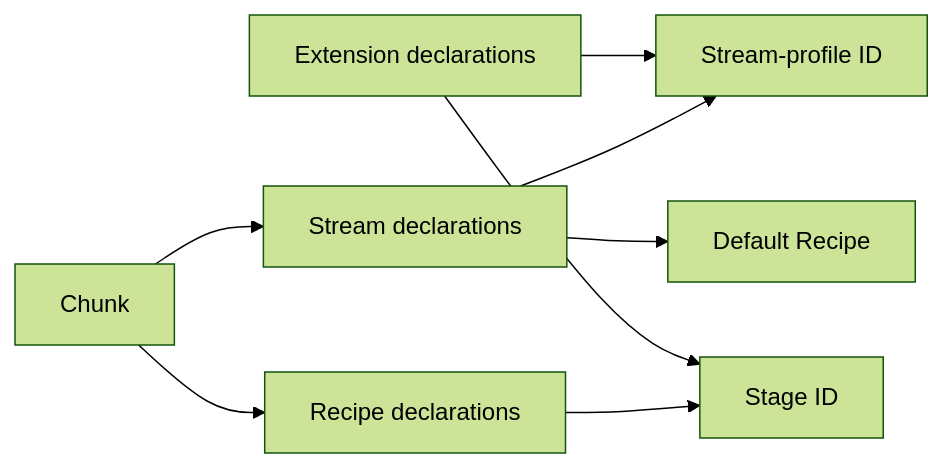
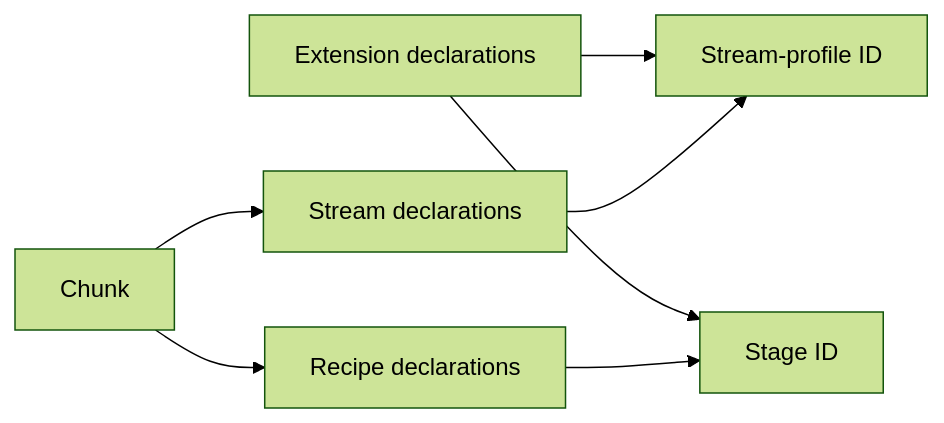
Before and after one commit to SmolBlackHole/Obst: the second of 4 diagrams in docs/anatomy.md, drawn with Mermaid (forest theme). The commit also changed other lines of this file and 39 other files, not shown here.

Commit message:
Remove stream default recipe IDs

````diff
--- a/docs/anatomy.md
+++ b/docs/anatomy.md
@@ -76,10 +76,9 @@
 ```mermaid
 flowchart LR
     Extensions["Extension declarations"] --> Profile["Stream-profile ID"]
     Extensions --> Stage["Stage ID"]
     Streams["Stream declarations"] --> Profile
-    Streams --> DefaultRecipe["Default Recipe"]
     Recipes["Recipe declarations"] --> Stage
     Chunk["Chunk"] --> Streams
     Chunk --> Recipes
 ```
````
